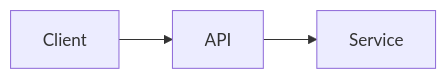
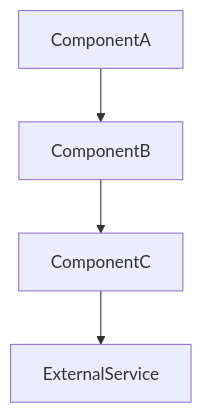
Before and after one commit to xenx96/skill-recipes: the first of 4 diagrams in skills/architecture-spec/subskills/notion-spec-generator.md, drawn with Mermaid. The commit also changed other lines of this file and 1 other file, not shown here.

First line of the commit message:
feat(architecture-spec): enrich document visual formatting rules

````diff
--- a/skills/architecture-spec/subskills/notion-spec-generator.md
+++ b/skills/architecture-spec/subskills/notion-spec-generator.md
@@ -46,5 +174,6 @@
 ```mermaid
-flowchart LR
-  Client --> API
-  API --> Service
+flowchart TD
+  ComponentA --> ComponentB
+  ComponentB --> ComponentC
+  ComponentC --> ExternalService
 ```
````
